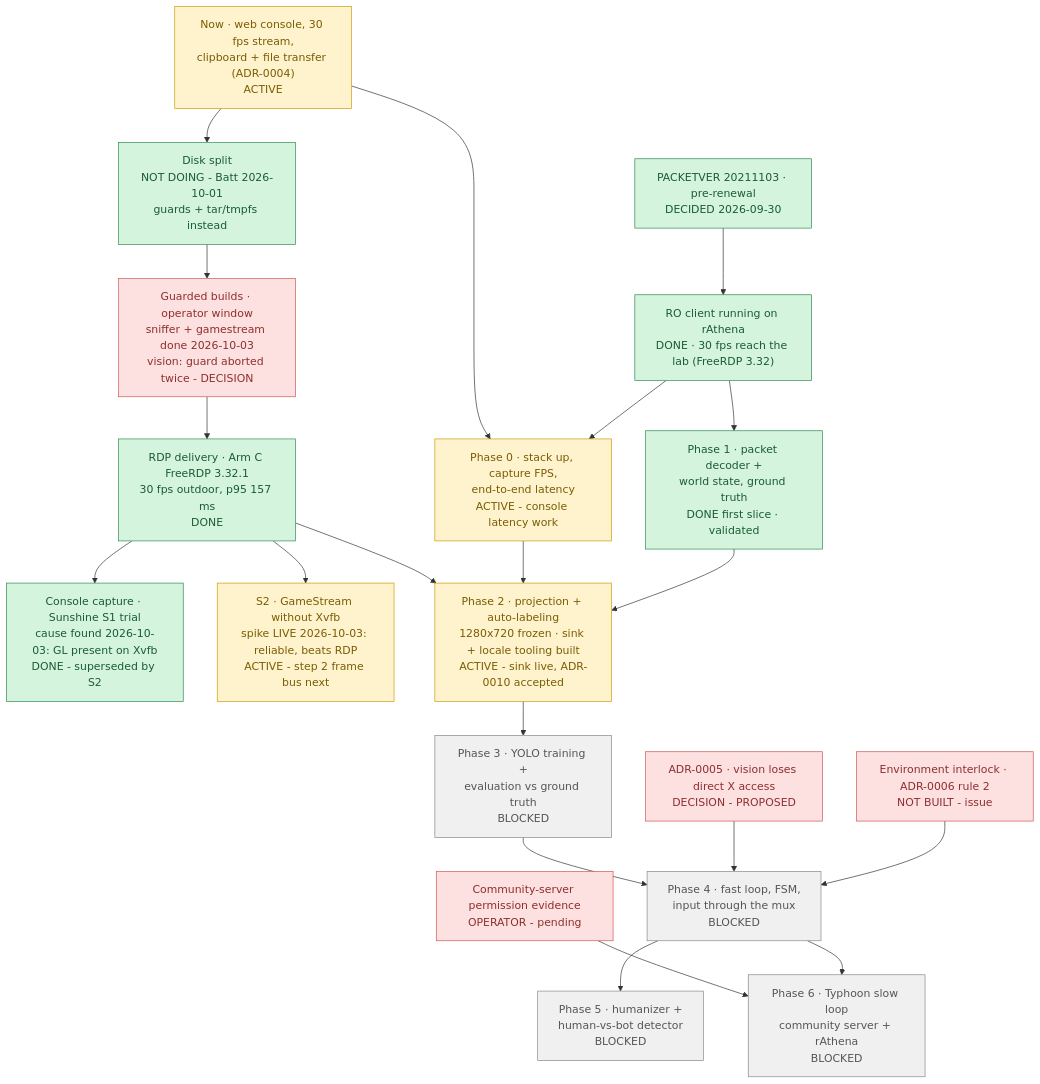
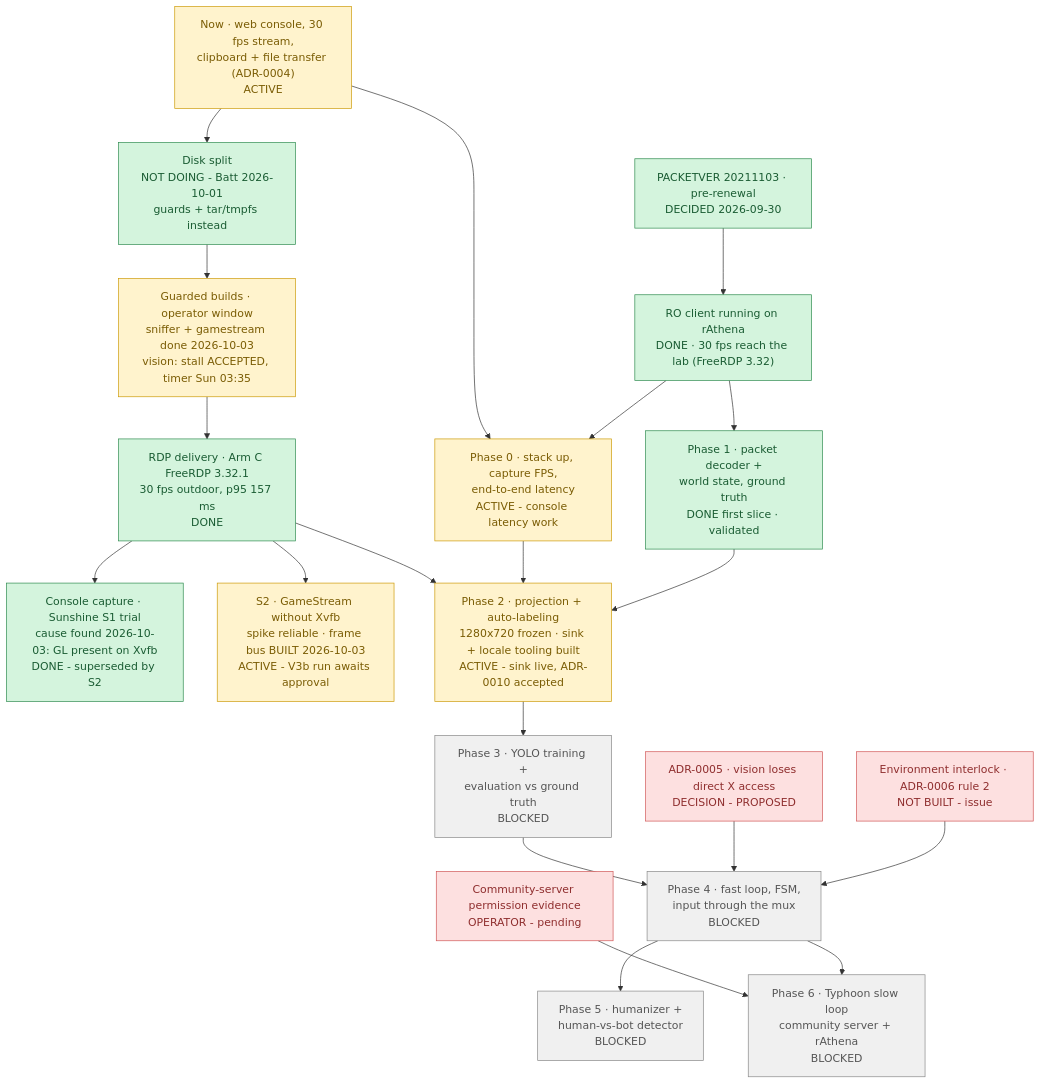
Before and after one commit to lumduan/poring-lab: the diagram in docs/ROADMAP.md, drawn with Mermaid. The commit also changed other lines of this file, not shown here.

First line of the commit message:
docs(roadmap): banner + ASSIST restore live, frame bus built, vision scheduled, C4 route decided

````diff
--- a/docs/ROADMAP.md
+++ b/docs/ROADMAP.md
@@ -11,51 +11,51 @@
 ```mermaid
 flowchart TD
     N1["Now · web console, 30 fps stream,<br/>clipboard + file transfer (ADR-0004)<br/>ACTIVE"]
     N2["Disk split<br/>NOT DOING - Batt 2026-10-01<br/>guards + tar/tmpfs instead"]
-    N3["Guarded builds · operator window<br/>sniffer + gamestream done 2026-10-03<br/>vision: guard aborted twice - DECISION"]
+    N3["Guarded builds · operator window<br/>sniffer + gamestream done 2026-10-03<br/>vision: stall ACCEPTED, timer Sun 03:35"]
     D1["PACKETVER 20211103 · pre-renewal<br/>DECIDED 2026-09-30"]
     S1["RO client running on rAthena<br/>DONE · 30 fps reach the lab (FreeRDP 3.32)"]
     D2["ADR-0005 · vision loses direct X access<br/>DECISION - PROPOSED"]
     D3["Environment interlock · ADR-0006 rule 2<br/>NOT BUILT - issue"]
     E1["Community-server permission evidence<br/>OPERATOR - pending"]
     P0["Phase 0 · stack up, capture FPS,<br/>end-to-end latency<br/>ACTIVE - console latency work"]
     P1["Phase 1 · packet decoder +<br/>world state, ground truth<br/>DONE first slice · validated"]
     H1["RDP delivery · Arm C FreeRDP 3.32.1<br/>30 fps outdoor, p95 157 ms<br/>DONE"]
     C1["Console capture · Sunshine S1 trial<br/>cause found 2026-10-03: GL present on Xvfb<br/>DONE - superseded by S2"]
-    S2["S2 · GameStream without Xvfb<br/>spike LIVE 2026-10-03: reliable, beats RDP<br/>ACTIVE - step 2 frame bus next"]
+    S2["S2 · GameStream without Xvfb<br/>spike reliable · frame bus BUILT 2026-10-03<br/>ACTIVE - V3b run awaits approval"]
     P2["Phase 2 · projection + auto-labeling<br/>1280x720 frozen · sink + locale tooling built<br/>ACTIVE - sink live, ADR-0010 accepted"]
     P3["Phase 3 · YOLO training +<br/>evaluation vs ground truth<br/>BLOCKED"]
     P4["Phase 4 · fast loop, FSM,<br/>input through the mux<br/>BLOCKED"]
     P5["Phase 5 · humanizer +<br/>human-vs-bot detector<br/>BLOCKED"]
     P6["Phase 6 · Typhoon slow loop<br/>community server + rAthena<br/>BLOCKED"]
 
     N1 --> N2 --> N3
     N3 --> H1
     H1 --> C1
     H1 --> S2
     H1 --> P2
     D1 --> S1
     N1 --> P0
     S1 --> P0
     S1 --> P1
     P0 --> P2
     P1 --> P2
     P2 --> P3 --> P4
     D2 --> P4
     D3 --> P4
     E1 --> P6
     P4 --> P5
     P4 --> P6
 
     classDef done     fill:#d4f4dd,stroke:#2d8a4e,color:#1a5c33
     classDef active   fill:#fff3cd,stroke:#cc9a06,color:#7a5c04
     classDef ready    fill:#d6e9ff,stroke:#3b7dd8,color:#1e4d8f
     classDef blocked  fill:#f0f0f0,stroke:#888,color:#555
     classDef decision fill:#fde0e0,stroke:#d05555,color:#8f2e2e
     classDef goal     fill:#ede0fb,stroke:#8a5cd8,color:#4d2e8f
 
     class D1,S1,P1,N2,H1,C1 done
-    class N1,P0,P2,S2 active
-    class D2,D3,E1,N3 decision
+    class N1,P0,P2,S2,N3 active
+    class D2,D3,E1 decision
     class P3,P4,P5,P6 blocked
 ```
````
